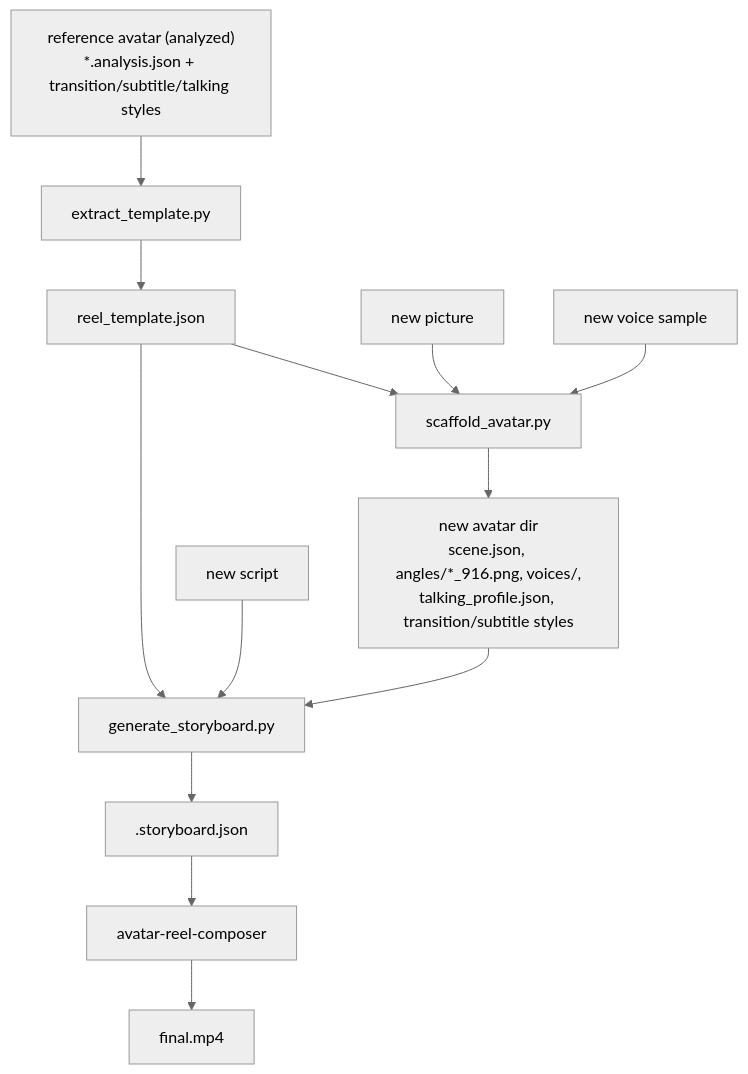
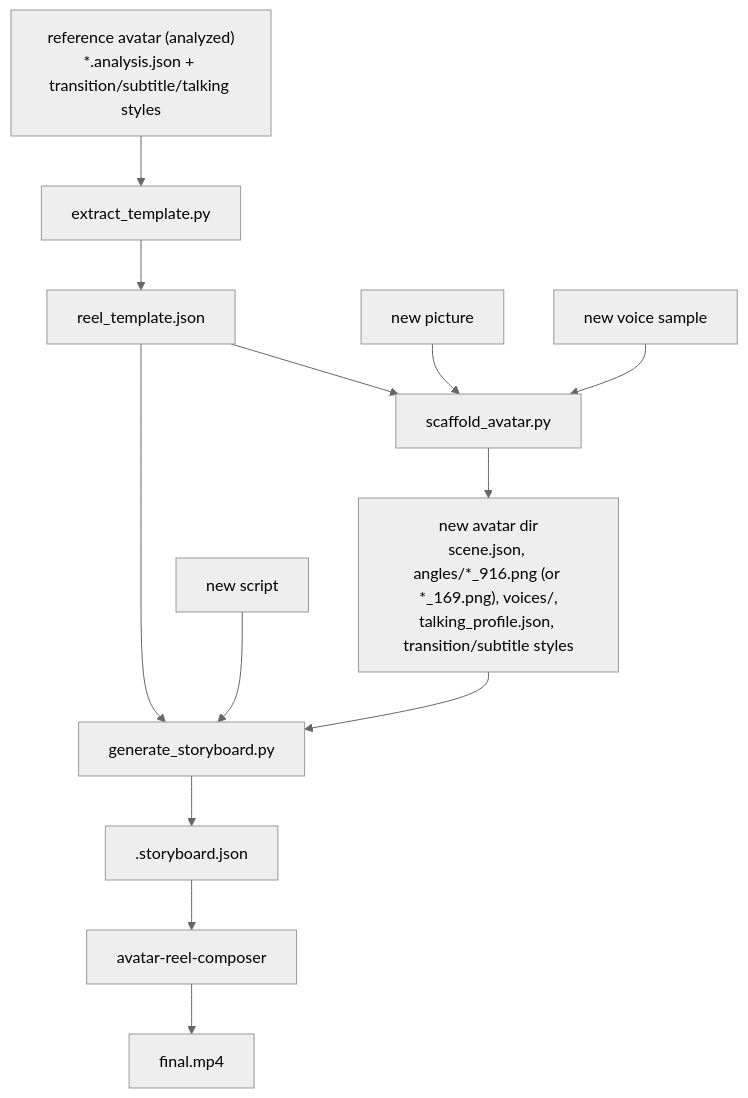
One commit to puntorigen/avatar-skills changed the diagram in reel-restyle/REFERENCE.md. Above: the diagram before and after it, drawn with Mermaid (neutral theme). The commit also changed other lines of this file and 31 other files, not shown here.

````diff
--- a/reel-restyle/REFERENCE.md
+++ b/reel-restyle/REFERENCE.md
@@ -25,15 +25,15 @@
 ```mermaid
 flowchart TD
   ref["reference avatar (analyzed)\n*.analysis.json + transition/subtitle/talking styles"] --> extract["extract_template.py"]
   extract --> tmpl["reel_template.json"]
   pic["new picture"] --> scaffold["scaffold_avatar.py"]
   vox["new voice sample"] --> scaffold
   tmpl --> scaffold
-  scaffold --> newav["new avatar dir\nscene.json, angles/*_916.png, voices/,\ntalking_profile.json, transition/subtitle styles"]
+  scaffold --> newav["new avatar dir\nscene.json, angles/*_916.png (or *_169.png), voices/,\ntalking_profile.json, transition/subtitle styles"]
   tmpl --> gensb["generate_storyboard.py"]
   script["new script"] --> gensb
   newav --> gensb
   gensb --> sb["<slug>.storyboard.json"]
   sb --> compose["avatar-reel-composer"]
   compose --> reel["final.mp4"]
 ```
````
